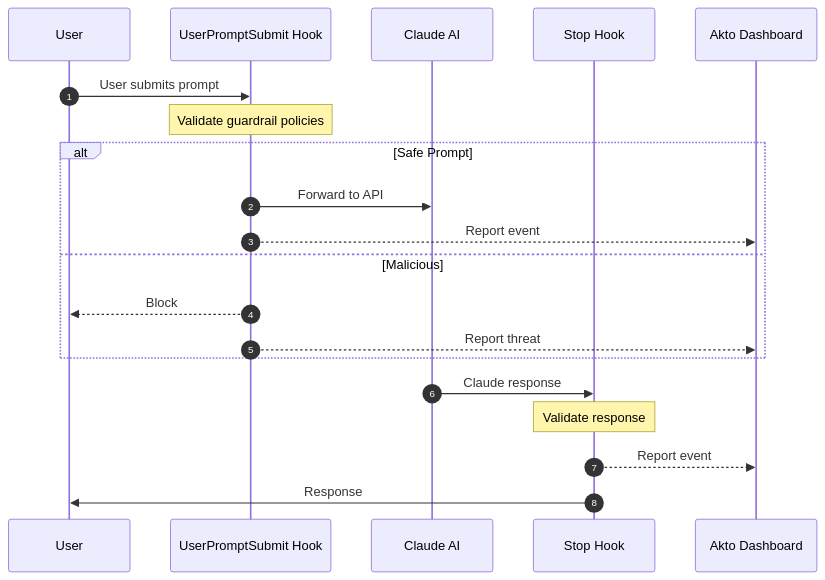
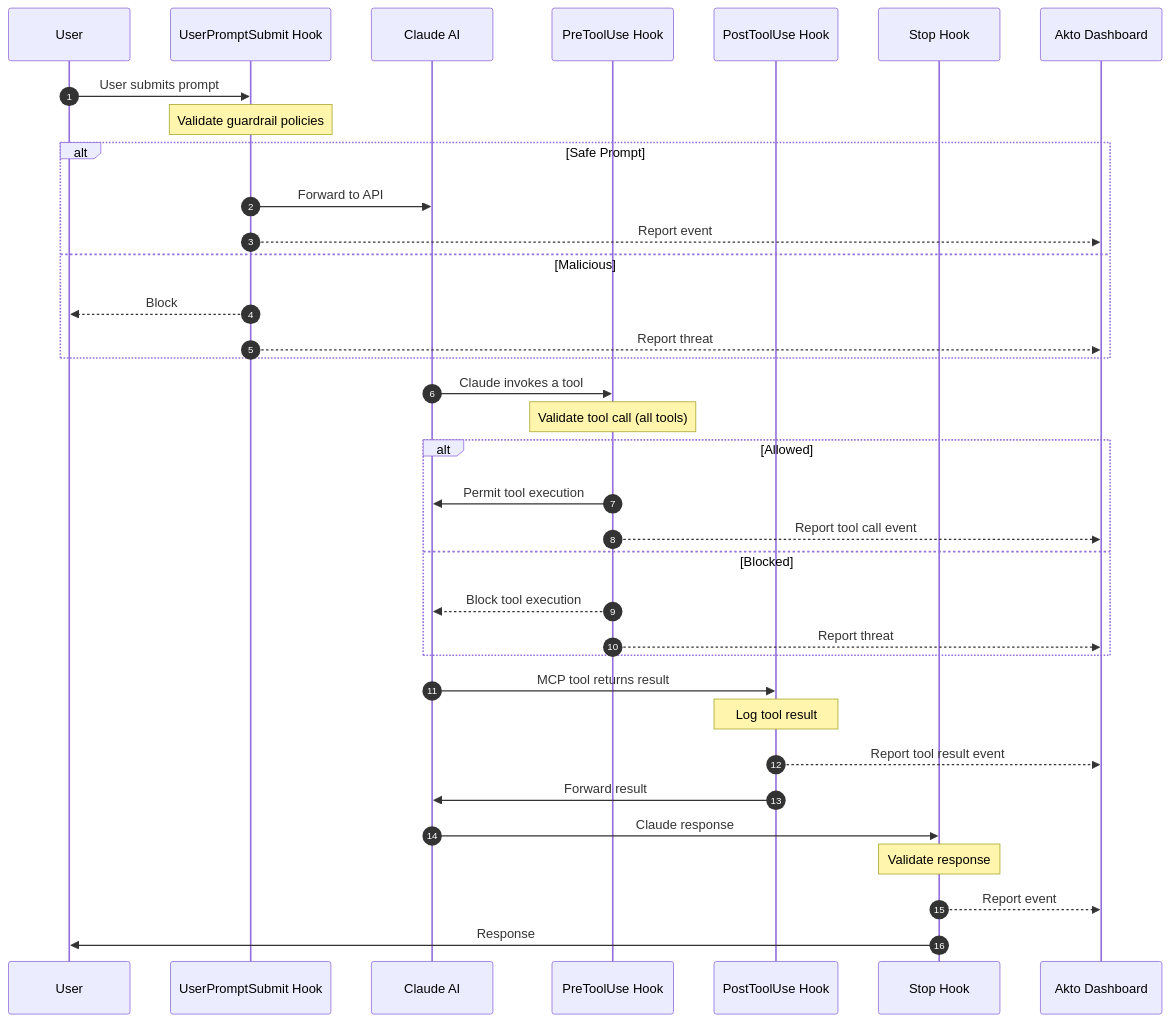
The diagram in akto-atlas-agentic-ai-security-for-employee-endpoints/endpoints-discovery-agents/claude-cli-hooks.md (akto-api-security/Documentation), drawn with Mermaid before and after one commit. The commit also changed other lines of this file, not shown here.

Commit message:
feat: add support for claude hooks tools

````diff
--- a/akto-atlas-agentic-ai-security-for-employee-endpoints/endpoints-discovery-agents/claude-cli-hooks.md
+++ b/akto-atlas-agentic-ai-security-for-employee-endpoints/endpoints-discovery-agents/claude-cli-hooks.md
@@ -18,24 +18,41 @@
 ```mermaid
 sequenceDiagram
     autonumber
     participant User
     participant PromptHook as UserPromptSubmit Hook
     participant Claude as Claude AI
+    participant PreTool as PreToolUse Hook
+    participant PostTool as PostToolUse Hook
     participant ResponseHook as Stop Hook
     participant Akto as Akto Dashboard
 
     User->>PromptHook: User submits prompt
     Note over PromptHook: Validate guardrail policies
     alt Safe Prompt
         PromptHook->>Claude: Forward to API
         PromptHook-->>Akto: Report event
     else Malicious
         PromptHook-->>User: Block
         PromptHook-->>Akto: Report threat
     end
 
+    Claude->>PreTool: Claude invokes a tool
+    Note over PreTool: Validate tool call (all tools)
+    alt Allowed
+        PreTool->>Claude: Permit tool execution
+        PreTool-->>Akto: Report tool call event
+    else Blocked
+        PreTool-->>Claude: Block tool execution
+        PreTool-->>Akto: Report threat
+    end
+
+    Claude->>PostTool: MCP tool returns result
+    Note over PostTool: Log tool result
+    PostTool-->>Akto: Report tool result event
+    PostTool->>Claude: Forward result
+
     Claude->>ResponseHook: Claude response
     Note over ResponseHook: Validate response
     ResponseHook-->>Akto: Report event
     ResponseHook->>User: Response
 ```
````
